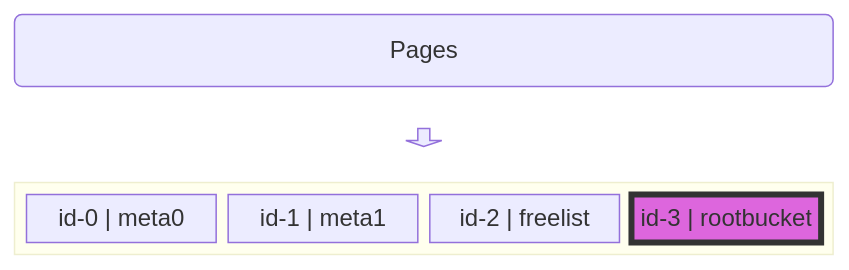
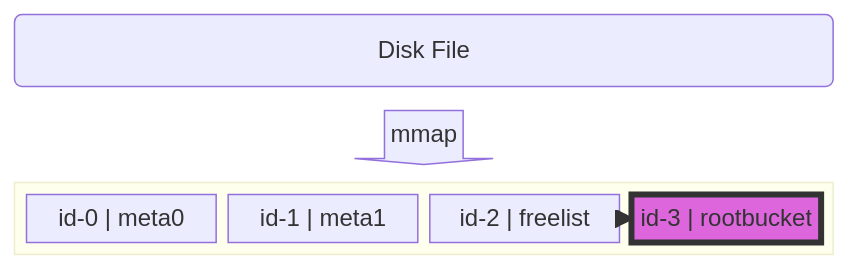
The diagram in book/design.md (laohanlinux/boltdb-zig), drawn with Mermaid before and after one commit. The commit also changed other lines of this file and 4 other files, not shown here.

````diff
--- a/book/design.md
+++ b/book/design.md
@@ -9,14 +7,17 @@
 ```mermaid
 block-beta
 	columns 3
-    doc("Pages"):3
-    space down1<[" "]>(down) space
-    
+    doc("Disk File"):3
+    space down1<["mmap"]>(down) space
+
 	block:e:3
-		meta0["id-0 | meta0"]
-		meta1["id-1 | meta1"]
-		freelist["id-2 | freelist"]
-		root_bucket["id-3 | rootbucket"]
+		meta0["id-0 | meta0"] 
+    meta1["id-1 | meta1"] 
+    freelist["id-2 | freelist"] --> root_bucket["id-3 | rootbucket"]
+	end
+	
+	block:e:1
+		File["file"]
 	end
 	style root_bucket fill:#d6d,stroke:#333,stroke-width:4px
 ```
````
